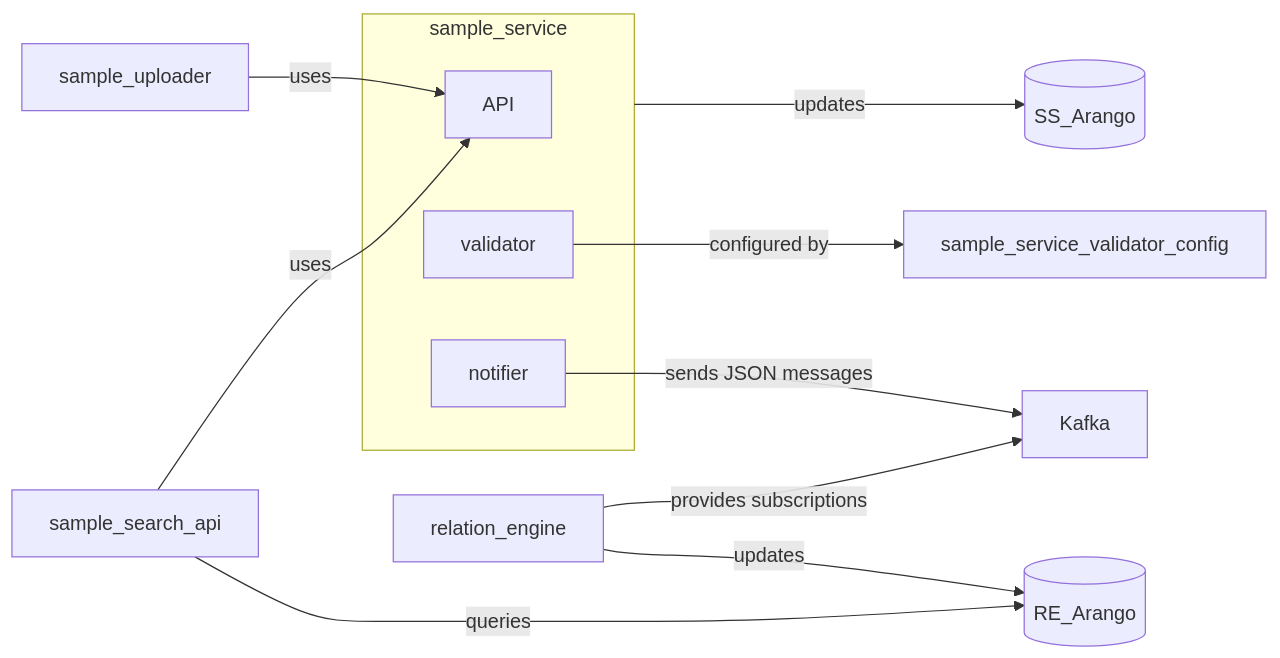
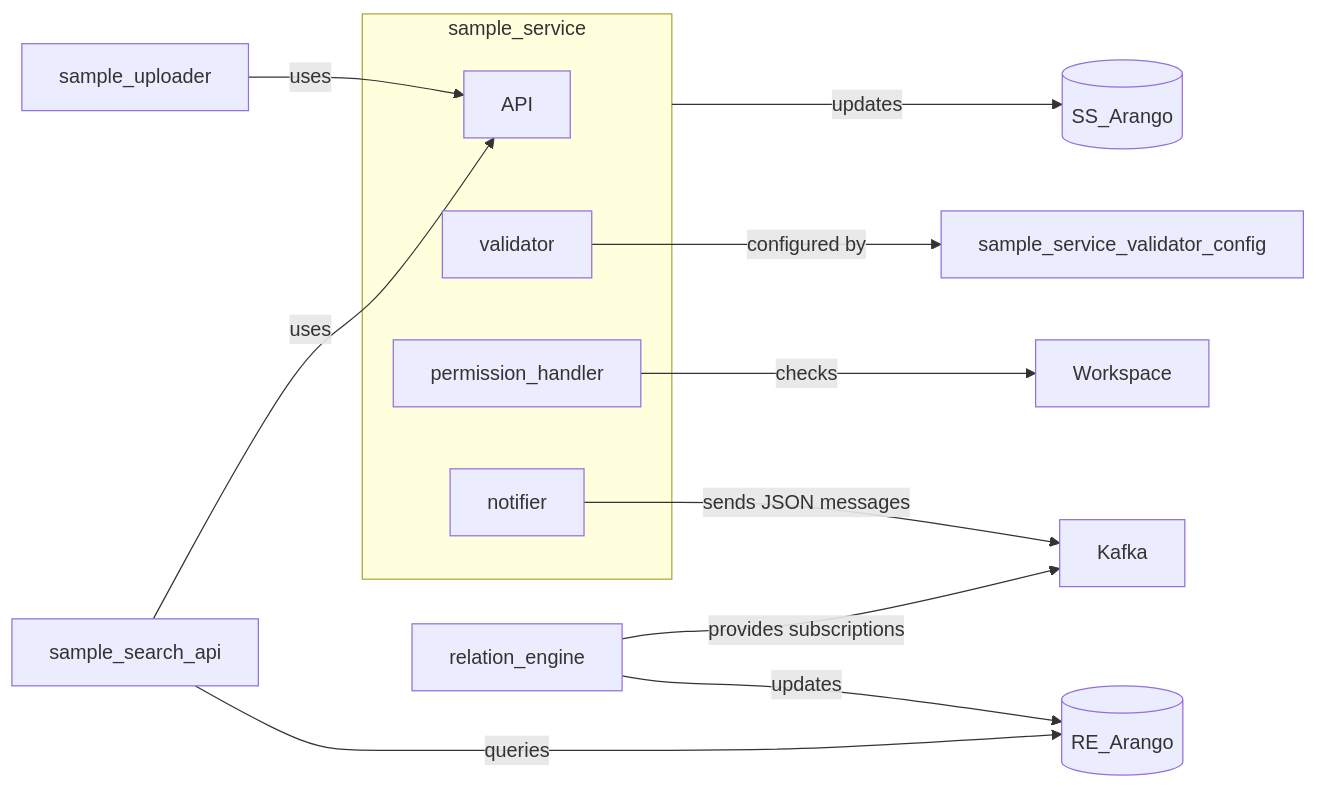
One commit to sashianl/sample_service changed the diagram in docs/highlevel_diagram.md. Above: the diagram before and after it, drawn with Mermaid.

````diff
--- a/docs/highlevel_diagram.md
+++ b/docs/highlevel_diagram.md
@@ -1,28 +1,30 @@
 ```mermaid
 flowchart LR
 
     subgraph sample_service
       API
       validator
+      permission_handler
       notifier
     end
     
 
     sample_service -- updates --> ss_arango_db[(SS_Arango)]
 
     sample_uploader -- uses --> API
     sample_search_api -- uses --> API
     sample_search_api -- queries --> re_arango_db[(RE_Arango)]
+    validator  -- configured by --> sample_service_validator_config
     notifier  -- sends JSON messages --> Kafka
-    validator  -- configured by --> sample_service_validator_config
+    permission_handler -- checks --> Workspace
     relation_engine -- provides subscriptions -->  Kafka
     relation_engine -- updates --> re_arango_db[(RE_Arango)]
     
     click sample_uploader href "https://github.com/kbaseapps/sample_uploader" "sample_uploader"
     click sample_search_api href "https://github.com/kbase/sample_search_api" "sample_search_api"
     click sample_service_validator_config href "https://github.com/kbase/sample_service_validator_config" "sample_service_validator_config"
     click notifier href "https://github.com/kbase/sample_service/blob/master/lib/SampleService/core/notification.py" "notifier"
     click validator href "https://github.com/kbase/sample_service/tree/master/lib/SampleService/core/validator" "validator"
     click API href "https://github.com/kbase/sample_service/blob/master/SampleService.spec" "API"
     
 ```
````
